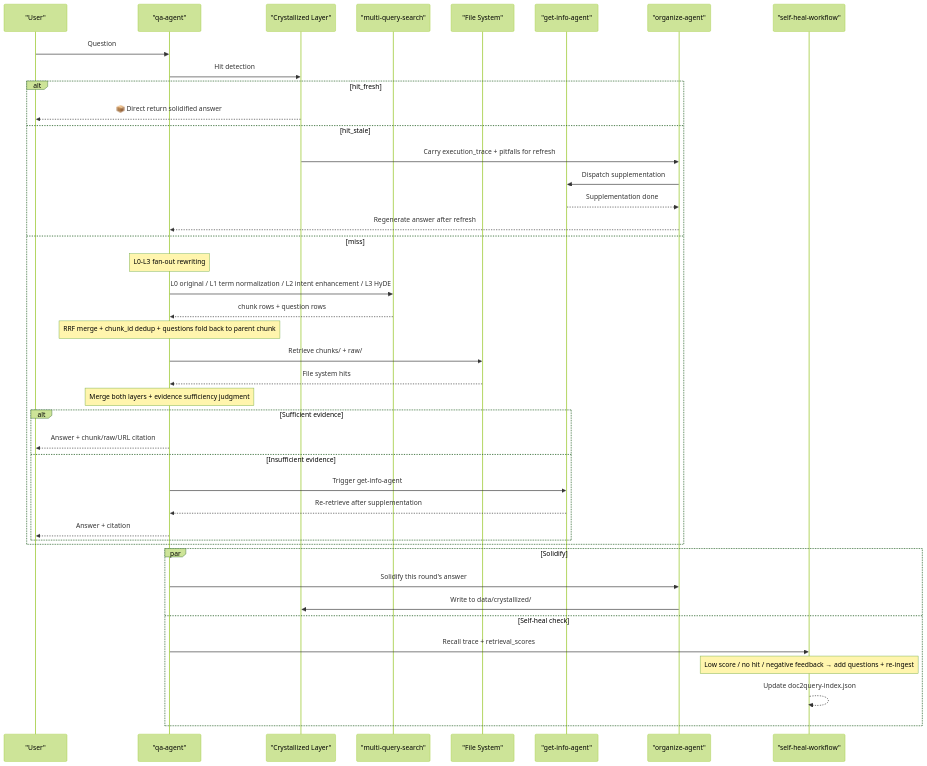
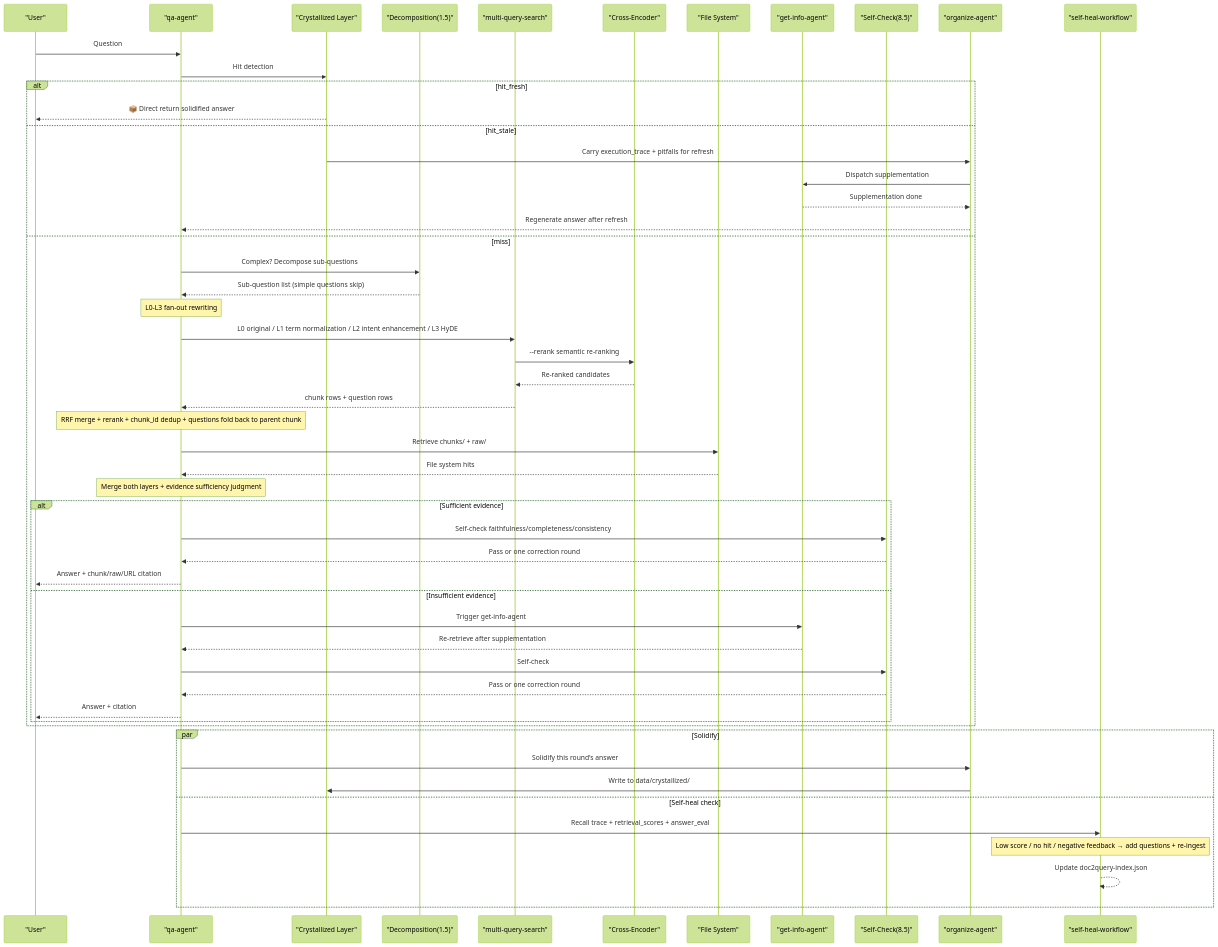
Before and after one commit to mengsi16/brain-base: the third of 4 diagrams in README_en.md, drawn with Mermaid (forest theme). The commit also changed other lines of this file and 6 other files, not shown here.

First line of the commit message:
feat: add Agentic RAG core features  cross-encoder reranking, question decomposition, answer self-check

````diff
--- a/README_en.md
+++ b/README_en.md
@@ -164,45 +223,56 @@
 ```mermaid
 sequenceDiagram
     participant U as "User"
     participant QA as "qa-agent"
     participant CRY as "Crystallized Layer"
+    participant DECOMP as "Decomposition(1.5)"
     participant MQS as "multi-query-search"
+    participant RERANK as "Cross-Encoder"
     participant FS as "File System"
     participant GI as "get-info-agent"
+    participant CHK as "Self-Check(8.5)"
     participant ORG as "organize-agent"
     participant SH as "self-heal-workflow"
 
     U->>QA: Question
     QA->>CRY: Hit detection
     alt hit_fresh
         CRY-->>U: 📦 Direct return solidified answer
     else hit_stale
         CRY->>ORG: Carry execution_trace + pitfalls for refresh
         ORG->>GI: Dispatch supplementation
         GI-->>ORG: Supplementation done
         ORG-->>QA: Regenerate answer after refresh
     else miss
+        QA->>DECOMP: Complex? Decompose sub-questions
+        DECOMP-->>QA: Sub-question list (simple questions skip)
         Note over QA: L0-L3 fan-out rewriting
         QA->>MQS: L0 original / L1 term normalization / L2 intent enhancement / L3 HyDE
+        MQS->>RERANK: --rerank semantic re-ranking
+        RERANK-->>MQS: Re-ranked candidates
         MQS-->>QA: chunk rows + question rows
-        Note over QA: RRF merge + chunk_id dedup + questions fold back to parent chunk
+        Note over QA: RRF merge + rerank + chunk_id dedup + questions fold back to parent chunk
         QA->>FS: Retrieve chunks/ + raw/
         FS-->>QA: File system hits
         Note over QA: Merge both layers + evidence sufficiency judgment
         alt Sufficient evidence
+            QA->>CHK: Self-check faithfulness/completeness/consistency
+            CHK-->>QA: Pass or one correction round
             QA-->>U: Answer + chunk/raw/URL citation
         else Insufficient evidence
             QA->>GI: Trigger get-info-agent
             GI-->>QA: Re-retrieve after supplementation
+            QA->>CHK: Self-check
+            CHK-->>QA: Pass or one correction round
             QA-->>U: Answer + citation
         end
     end
     par Solidify
         QA->>ORG: Solidify this round's answer
         ORG->>CRY: Write to data/crystallized/
     and Self-heal check
-        QA->>SH: Recall trace + retrieval_scores
+        QA->>SH: Recall trace + retrieval_scores + answer_eval
         Note over SH: Low score / no hit / negative feedback → add questions + re-ingest
         SH-->>SH: Update doc2query-index.json
     end
 ```
````
